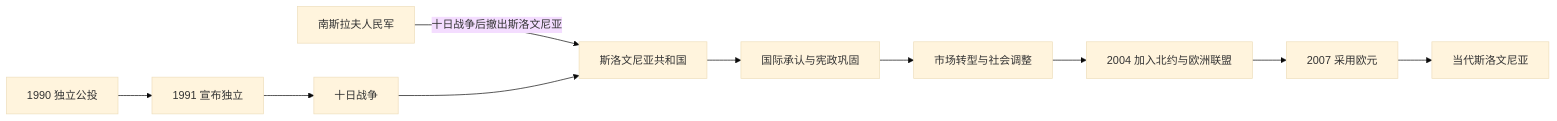
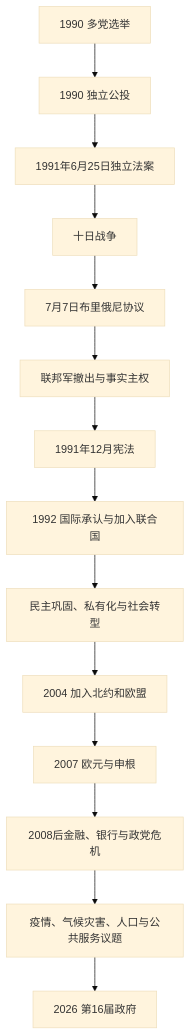
One commit to tianlan-dev/learning-notes changed the diagram in 人文科学/历史/欧洲/东南欧与巴尔干/斯洛文尼亚/独立与当代斯洛文尼亚.md. Above: the diagram before and after it, drawn with Mermaid (base theme). The commit also changed other lines of this file and 1417 other files, not shown here.

````diff
--- a/人文科学/历史/欧洲/东南欧与巴尔干/斯洛文尼亚/独立与当代斯洛文尼亚.md
+++ b/人文科学/历史/欧洲/东南欧与巴尔干/斯洛文尼亚/独立与当代斯洛文尼亚.md
@@ -15,12 +19,16 @@
 ```mermaid
-flowchart LR
-    Plebiscite["1990 独立公投"] --> Declaration["1991 宣布独立"]
-    Declaration --> War["十日战争"]
-    JNA["南斯拉夫人民军"] -->|"十日战争后撤出斯洛文尼亚"| Republic["斯洛文尼亚共和国"]
-    War --> Republic
-    Republic --> Recognition["国际承认与宪政巩固"]
-    Recognition --> Transition["市场转型与社会调整"]
-    Transition --> EU["2004 加入北约与欧洲联盟"]
-    EU --> Euro["2007 采用欧元"]
-    Euro --> Contemporary["当代斯洛文尼亚"]
+flowchart TD
+    Elections["1990 多党选举"] --> Plebiscite["1990 独立公投"]
+    Plebiscite --> Acts["1991年6月25日独立法案"]
+    Acts --> War["十日战争"]
+    War --> Brioni["7月7日布里俄尼协议"]
+    Brioni --> Withdrawal["联邦军撤出与事实主权"]
+    Withdrawal --> Constitution["1991年12月宪法"]
+    Constitution --> Recognition["1992 国际承认与加入联合国"]
+    Recognition --> Transition["民主巩固、私有化与社会转型"]
+    Transition --> EuroAtlantic["2004 加入北约和欧盟"]
+    EuroAtlantic --> Euro["2007 欧元与申根"]
+    Euro --> Crisis["2008后金融、银行与政党危机"]
+    Crisis --> Contemporary["疫情、气候灾害、人口与公共服务议题"]
+    Contemporary --> Government2026["2026 第16届政府"]
 ```
````
